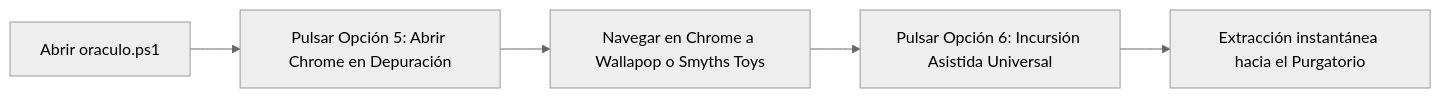
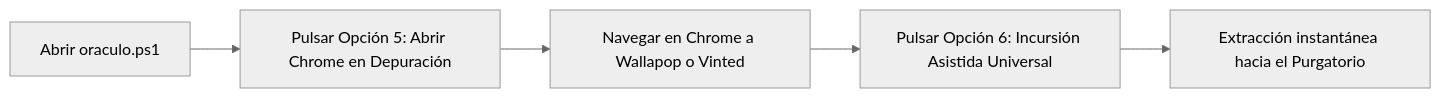
The third of 5 diagrams in docs/MANUAL_CENTRO_CONTROL_POWERSHELL.md (DavidLopezGarci4/oraculo-nueva-eternia), drawn with Mermaid (neutral theme) before and after one commit. The commit also changed other lines of this file and 2 other files, not shown here.

````diff
--- a/docs/MANUAL_CENTRO_CONTROL_POWERSHELL.md
+++ b/docs/MANUAL_CENTRO_CONTROL_POWERSHELL.md
@@ -205,7 +219,7 @@
 ```mermaid
 graph LR
     A[Abrir oraculo.ps1] --> B[Pulsar Opción 5: Abrir Chrome en Depuración]
-    B --> C[Navegar en Chrome a Wallapop o Smyths Toys]
+    B --> C[Navegar en Chrome a Wallapop o Vinted]
     C --> D[Pulsar Opción 6: Incursión Asistida Universal]
     D --> E[Extracción instantánea hacia el Purgatorio]
 ```
````
